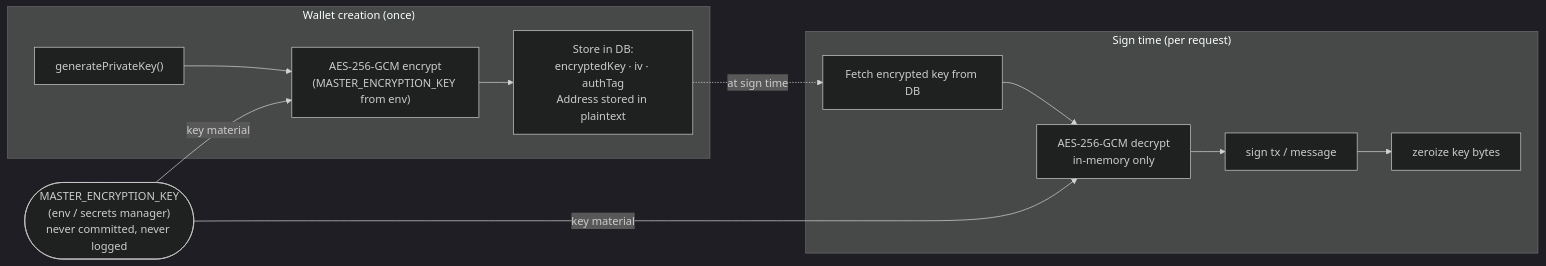
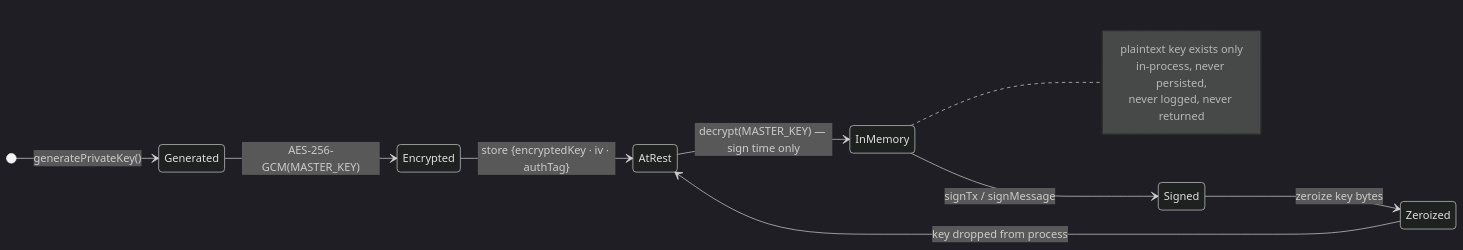
The third of 3 diagrams in README.md (xbt-a4224j/vencura), drawn with Mermaid (dark theme) before and after one commit. The commit also changed other lines of this file and 9 other files, not shown here.

First line of the commit message:
docs: final submission pass — diagrams, screenshots, prose

````diff
--- a/README.md
+++ b/README.md
@@ -225,23 +211,18 @@
 ```mermaid
-graph LR
-    subgraph WalletCreate["Wallet creation (once)"]
-        Gen["generatePrivateKey()"]
-        Enc["AES-256-GCM encrypt\n(MASTER_ENCRYPTION_KEY from env)"]
-        Store["Store in DB:\nencryptedKey · iv · authTag\nAddress stored in plaintext"]
-        Gen --> Enc --> Store
-    end
+stateDiagram-v2
+    direction LR
+    [*] --> Generated : generatePrivateKey()
+    Generated --> Encrypted : AES-256-GCM(MASTER_KEY)
+    Encrypted --> AtRest : store {encryptedKey · iv · authTag}
 
-    subgraph SignTime["Sign time (per request)"]
-        Fetch["Fetch encrypted key from DB"]
-        Dec["AES-256-GCM decrypt\nin-memory only"]
-        Sign["sign tx / message"]
-        Zero["zeroize key bytes"]
-        Fetch --> Dec --> Sign --> Zero
-    end
+    AtRest --> InMemory : decrypt(MASTER_KEY) — sign time only
+    InMemory --> Signed : signTx / signMessage
+    Signed --> Zeroized : zeroize key bytes
+    Zeroized --> AtRest : key dropped from process
 
-    MASTER(["MASTER_ENCRYPTION_KEY\n(env / secrets manager)\nnever committed, never logged"])
-    MASTER -->|"key material"| Enc
-    MASTER -->|"key material"| Dec
-
-    Store -.->|"at sign time"| Fetch
+    note right of InMemory
+        plaintext key exists only
+        in-process, never persisted,
+        never logged, never returned
+    end note
 ```
````
